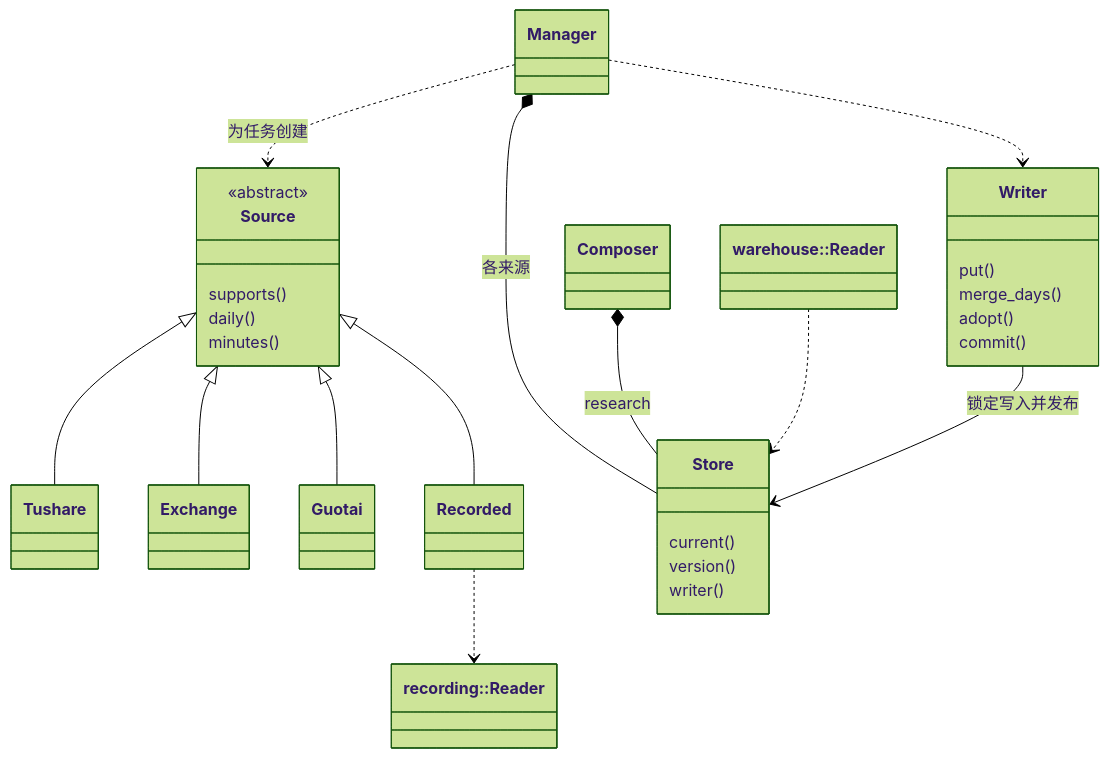
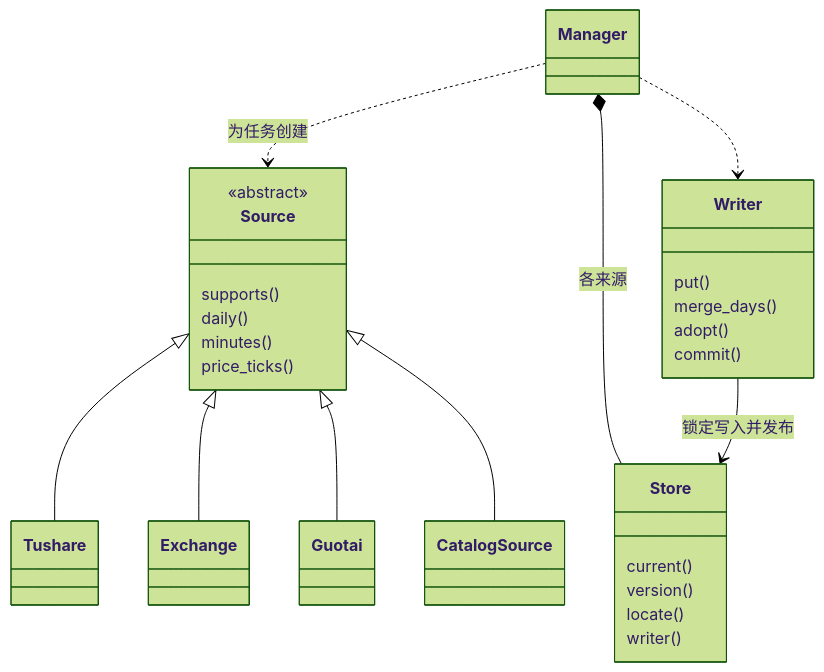
The third of 5 diagrams in docs/market/architecture.md (isqiwen/asterion-terminal), drawn with Mermaid (forest theme) before and after one commit. The commit also changed other lines of this file and 95 other files, not shown here.

First line of the commit message:
M3.84: stop recording ticks and minutes

````diff
--- a/docs/market/architecture.md
+++ b/docs/market/architecture.md
@@ -114,38 +89,35 @@
 ```mermaid
 classDiagram
     class Manager
     class Source {
         <<abstract>>
         supports()
         daily()
         minutes()
+        price_ticks()
     }
     class Tushare
     class Exchange
     class Guotai
-    class Recorded
-    class RecordingReader["recording::Reader"]
-    class WarehouseReader["warehouse::Reader"]
+    class CatalogSource
     class Store {
         current()
         version()
+        locate()
         writer()
     }
     class Writer {
         put()
         merge_days()
         adopt()
         commit()
     }
     Source <|-- Tushare
     Source <|-- Exchange
     Source <|-- Guotai
-    Source <|-- Recorded
+    Source <|-- CatalogSource
     Manager ..> Source : 为任务创建
     Manager *-- Store : 各来源
-    Composer *-- Store : research
     Manager ..> Writer
-    Recorded ..> RecordingReader
-    WarehouseReader ..> Store
     Writer --> Store : 锁定写入并发布
 ```
````
